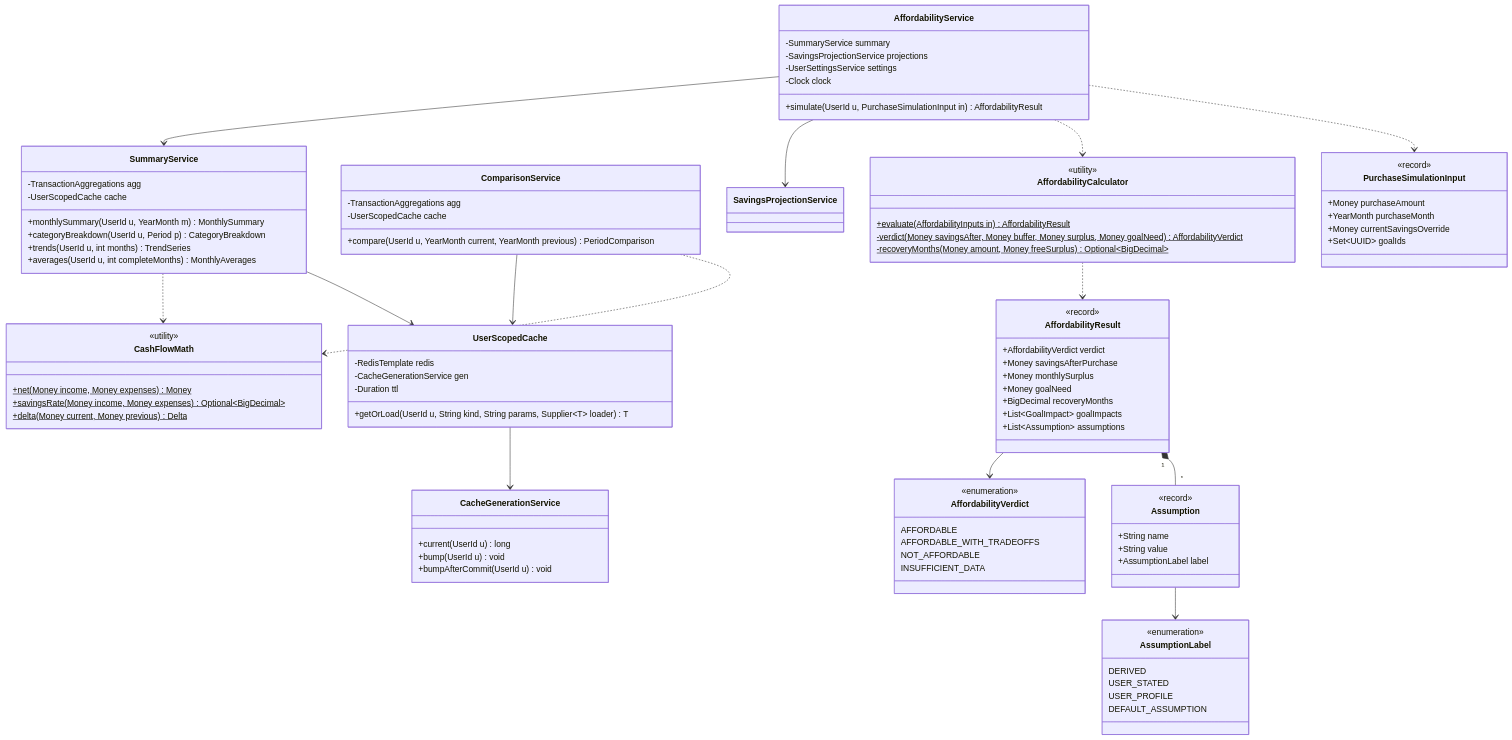
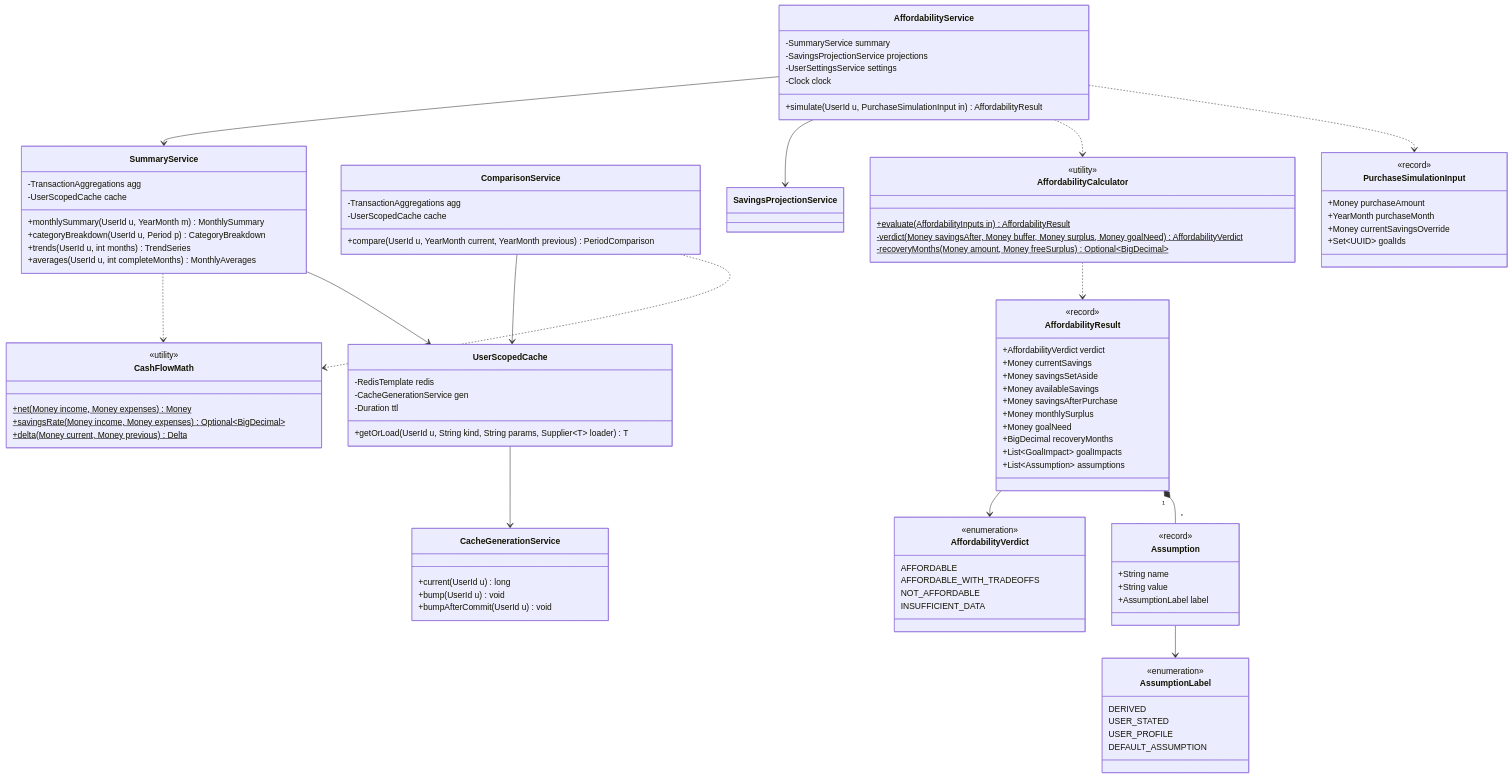
The ninth of 16 diagrams in docs/low-level-design.md (AnuragPandey11/MonthEndBuddy), drawn with Mermaid before and after one commit. The commit also changed other lines of this file and 458 other files, not shown here.

```diff
--- a/docs/low-level-design.md
+++ b/docs/low-level-design.md
@@ -931,6 +931,9 @@
     class AffordabilityResult {
         <<record>>
         +AffordabilityVerdict verdict
+        +Money currentSavings
+        +Money savingsSetAside
+        +Money availableSavings
         +Money savingsAfterPurchase
         +Money monthlySurplus
         +Money goalNeed
```
